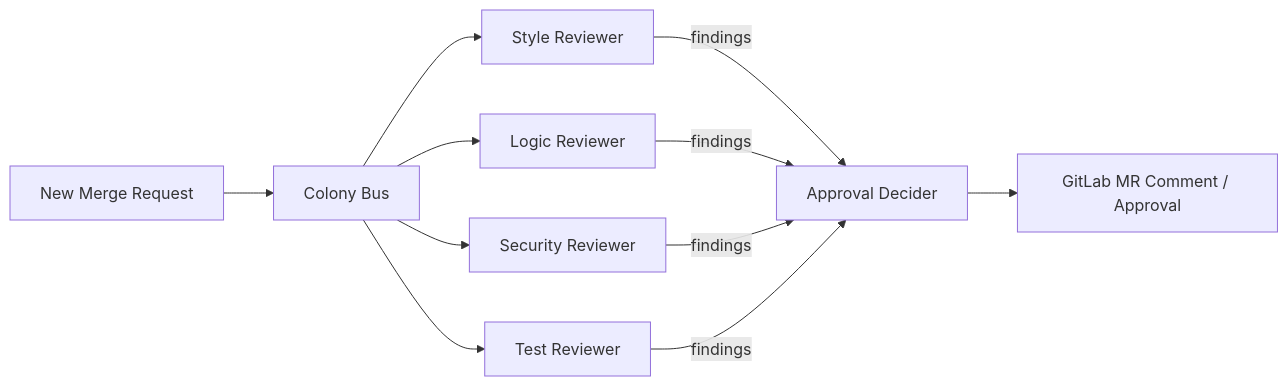
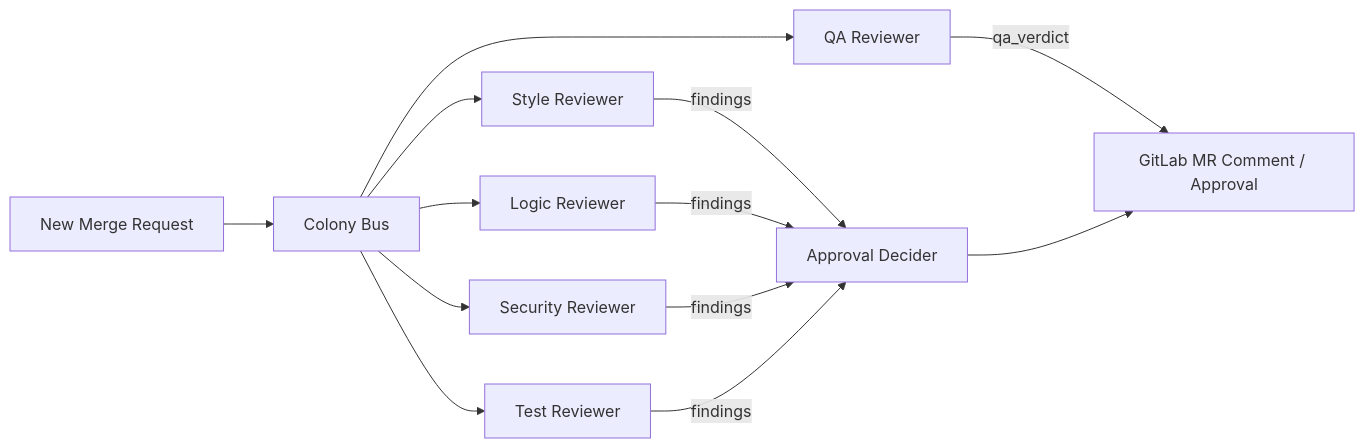
The diagram in dev-apprenticeship/code-review/README.md (Replikanti/agentis-colonies), drawn with Mermaid before and after one commit. The commit also changed other lines of this file and 13 other files, not shown here.

````diff
--- a/dev-apprenticeship/code-review/README.md
+++ b/dev-apprenticeship/code-review/README.md
@@ -21,22 +22,25 @@
 ```mermaid
 graph LR
     MR["New Merge Request"]
     SR["Style Reviewer"]
     LR["Logic Reviewer"]
     SCR["Security Reviewer"]
     TR["Test Reviewer"]
+    QA["QA Reviewer"]
     AD["Approval Decider"]
     GL["GitLab MR Comment / Approval"]
     CB["Colony Bus"]
 
     MR --> CB
     CB --> SR
     CB --> LR
     CB --> SCR
     CB --> TR
+    CB --> QA
     SR -- findings --> AD
     LR -- findings --> AD
     SCR -- findings --> AD
     TR -- findings --> AD
+    QA -- qa_verdict --> GL
     AD --> GL
 ```
````
